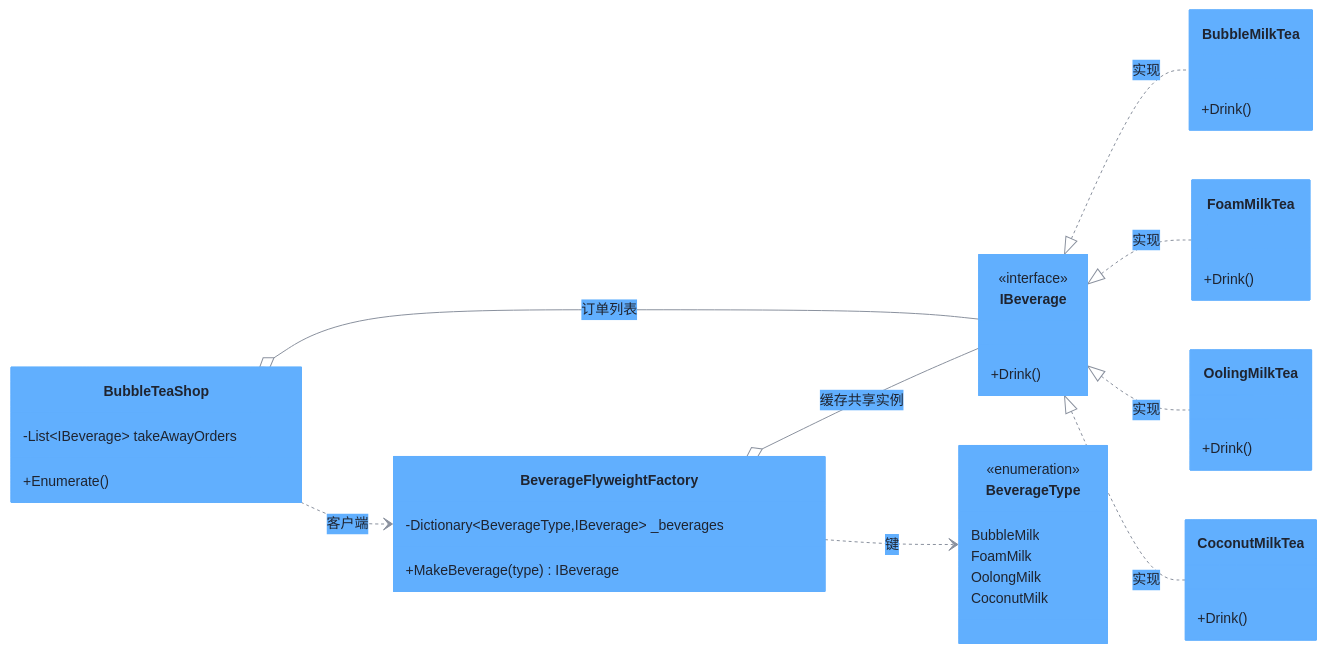
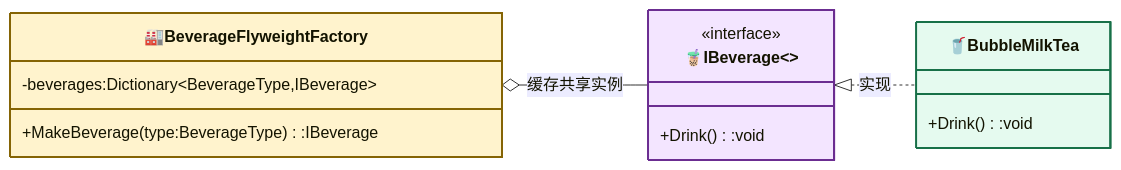
Before and after one commit to hollson/design_patterns: the diagram in FlyweightPattern/README.md, drawn with Mermaid. The commit also changed other lines of this file and 19 other files, not shown here.

Commit message:
docs: refactor mermaid diagrams to basic GoF model style for all 20 design patterns

````diff
--- a/FlyweightPattern/README.md
+++ b/FlyweightPattern/README.md
@@ -21,45 +32,24 @@
 ```mermaid
-%%{init: {"theme": "base", "themeVariables": {"primaryColor": "#61affe", "primaryTextColor": "#1f2430", "primaryBorderColor": "#61affe", "lineColor": "#8a919e", "secondaryColor": "#eaf2fb", "tertiaryColor": "#f5f7fa", "noteBkgColor": "#fff3d6", "noteTextColor": "#1f2430", "fontSize": "14px"}}}%%
+%%{init: {"classDiagram": {"useMarkdownLabels": true}} }%%
 classDiagram
     direction LR
-    class IBeverage {
+
+    class FlyweightFactory["🏭BeverageFlyweightFactory"]:::contextCls{
+        -beverages:Dictionary~BeverageType,IBeverage~
+        +MakeBeverage(type:BeverageType):IBeverage
+    }
+    class Flyweight["🧋IBeverage<<interface>>"]:::strategyCls{
         <<interface>>
-        +Drink()
+        +Drink():void
     }
-    class BubbleMilkTea {
-        +Drink()
-    }
-    class FoamMilkTea {
-        +Drink()
-    }
-    class OolingMilkTea {
-        +Drink()
-    }
-    class CoconutMilkTea {
-        +Drink()
-    }
-    class BeverageFlyweightFactory {
-        -Dictionary~BeverageType,IBeverage~ _beverages
-        +MakeBeverage(type) IBeverage
-    }
-    class BeverageType {
-        <<enumeration>>
-        BubbleMilk
-        FoamMilk
-        OolongMilk
-        CoconutMilk
-    }
-    class BubbleTeaShop {
-        -List~IBeverage~ takeAwayOrders
-        +Enumerate()
+    class ConcreteFlyweight["🥤BubbleMilkTea"]:::concreteCls{
+        +Drink():void
     }
 
-    IBeverage <|.. BubbleMilkTea : 实现
-    IBeverage <|.. FoamMilkTea : 实现
-    IBeverage <|.. OolingMilkTea : 实现
-    IBeverage <|.. CoconutMilkTea : 实现
-    BeverageFlyweightFactory o-- IBeverage : 缓存共享实例
-    BeverageFlyweightFactory ..> BeverageType : 键
-    BubbleTeaShop ..> BeverageFlyweightFactory : 客户端
-    BubbleTeaShop o-- IBeverage : 订单列表
+    FlyweightFactory o-- Flyweight : 缓存共享实例
+    Flyweight <|.. ConcreteFlyweight : 实现
+
+    classDef contextCls fill:#fff3cd,stroke:#856404,stroke-width:2px
+    classDef strategyCls fill:#f3e5ff,stroke:#6b2d91,stroke-width:2px
+    classDef concreteCls fill:#e5faef,stroke:#177048,stroke-width:2px
 ```
````
